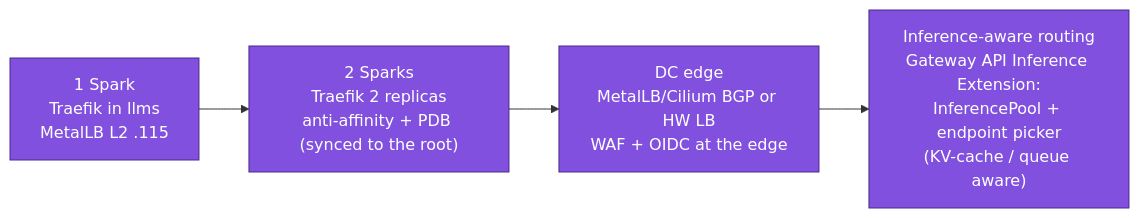
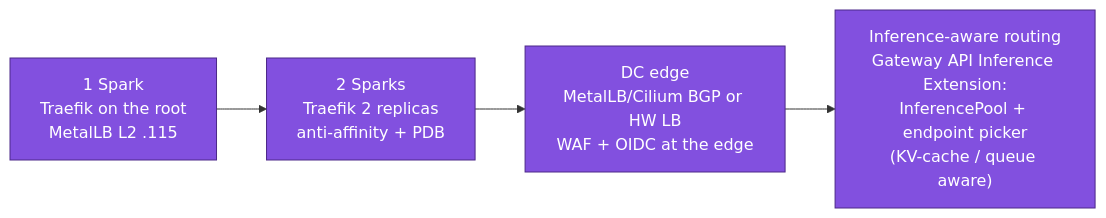
One commit to cloudone365/technical-depth changed the second of 2 diagrams in 02-Kubernetes/11-ingress-controllers-and-gateway-api.md. Above: the diagram before and after it, drawn with Mermaid. The commit also changed other lines of this file and 58 other files, not shown here.

First line of the commit message:
Docs: dev-llms sandbox vCluster, LLM stack on the root, shared ~90 GiB pool, headless DGX OS

````diff
--- a/02-Kubernetes/11-ingress-controllers-and-gateway-api.md
+++ b/02-Kubernetes/11-ingress-controllers-and-gateway-api.md
@@ -289,8 +289,8 @@
 ```mermaid
 flowchart LR
-  A["1 Spark<br/>Traefik in llms<br/>MetalLB L2 .115"] --> B["2 Sparks<br/>Traefik 2 replicas<br/>anti-affinity + PDB (synced to the root)"]
+  A["1 Spark<br/>Traefik on the root<br/>MetalLB L2 .115"] --> B["2 Sparks<br/>Traefik 2 replicas<br/>anti-affinity + PDB"]
   B --> C["DC edge<br/>MetalLB/Cilium BGP or HW LB<br/>WAF + OIDC at the edge"]
   C --> D["Inference-aware routing<br/>Gateway API Inference Extension:<br/>InferencePool + endpoint picker<br/>(KV-cache / queue aware)"]
   classDef net fill:#8250df,stroke:#4c2889,color:#fff
   class A,B,C,D net
 ```
````
